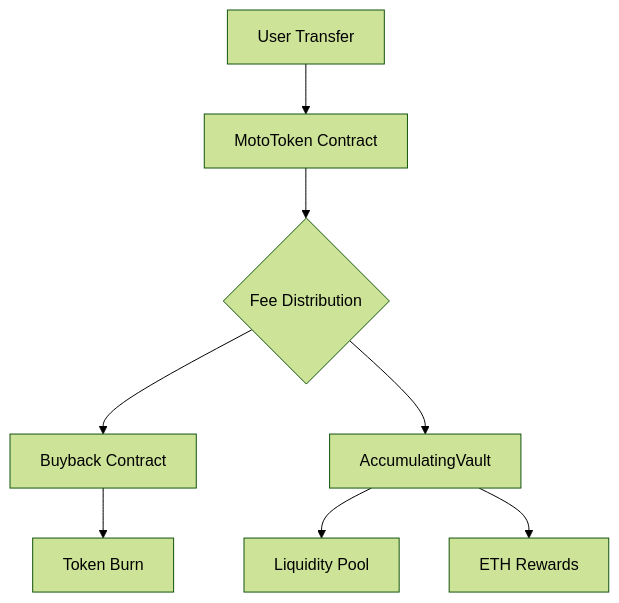
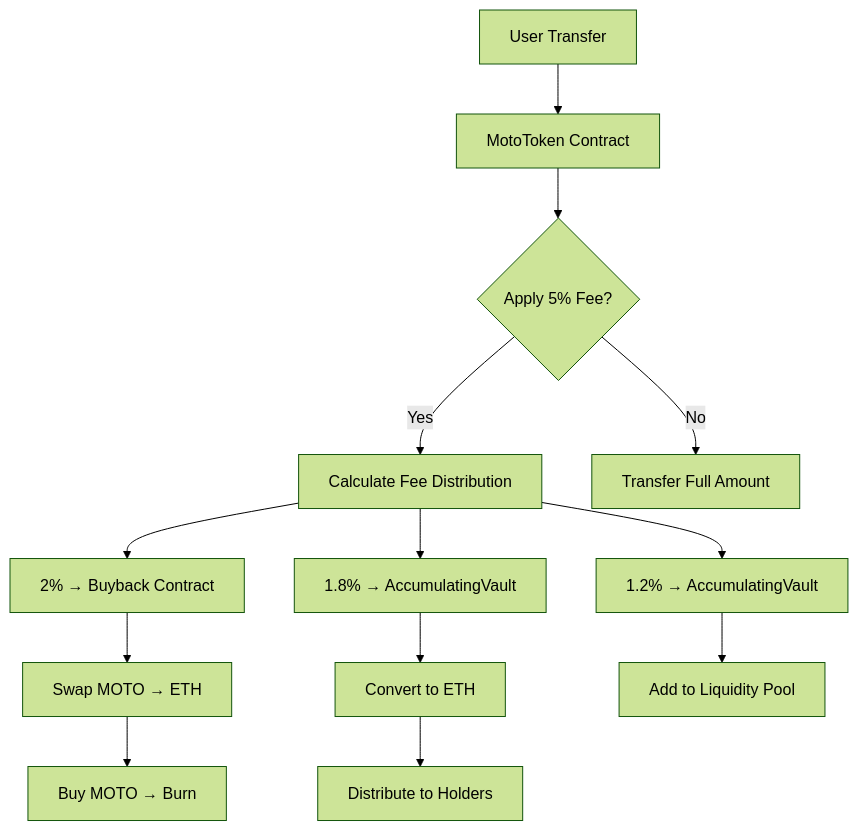
One commit to kk666679/moto-token changed the diagram in README.md. Above: the diagram before and after it, drawn with Mermaid (forest theme). The commit also changed other lines of this file and 43 other files, not shown here.

Commit message:
Update MotoToken contract, tests, and add documentation

````diff
--- a/README.md
+++ b/README.md
@@ -46,10 +95,15 @@
 ```mermaid
 flowchart TD
     A[User Transfer] --> B[MotoToken Contract]
-    B --> C{Fee Distribution}
-    C --> D[Buyback Contract]
-    C --> E[AccumulatingVault]
-    D --> F[Token Burn]
-    E --> G[Liquidity Pool]
-    E --> H[ETH Rewards]
+    B --> C{Apply 5% Fee?}
+    C -->|Yes| D[Calculate Fee Distribution]
+    C -->|No| E[Transfer Full Amount]
+    D --> F[2% → Buyback Contract]
+    D --> G[1.8% → AccumulatingVault]
+    D --> H[1.2% → AccumulatingVault]
+    F --> I[Swap MOTO → ETH]
+    I --> J[Buy MOTO → Burn]
+    G --> K[Convert to ETH]
+    K --> L[Distribute to Holders]
+    H --> M[Add to Liquidity Pool]
 ```
````
